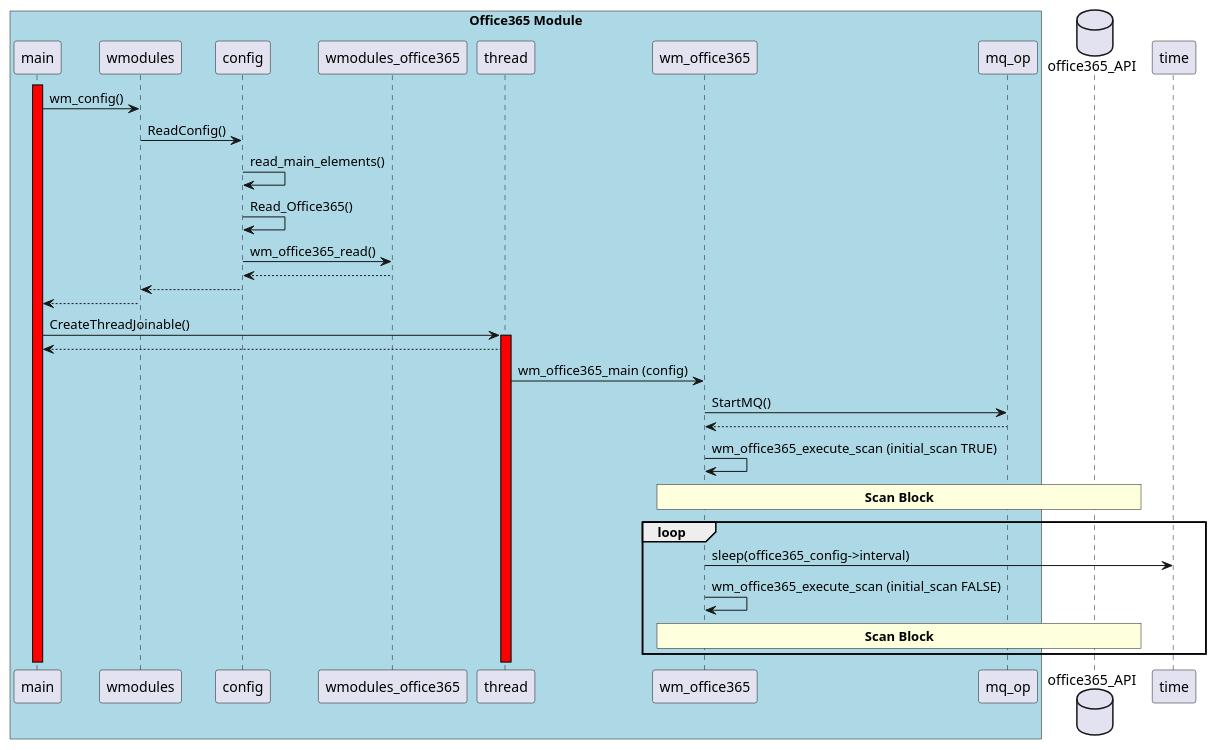
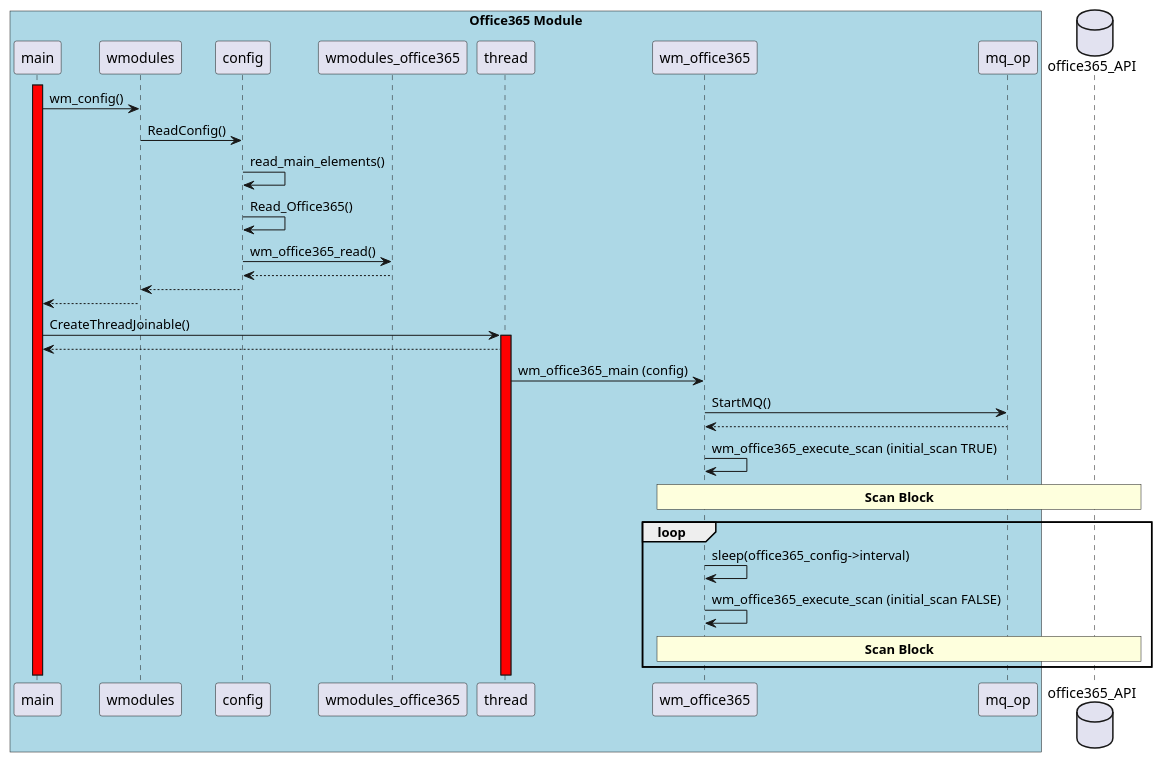
One commit to wazuh/wazuh-agent changed the diagram in architecture/wm_office365/001-sequence.puml. Above: the diagram before and after it, drawn with PlantUML. The commit also changed 1 other file, not shown here.

Commit message:
Fixes in the office365 module diagram

```diff
--- a/architecture/wm_office365/001-sequence.puml
+++ b/architecture/wm_office365/001-sequence.puml
@@ -5,37 +5,37 @@
 @startuml wm_office365
 box "Office365 Module" #LightBlue
 participant main
 participant wmodules
 participant config
 participant wmodules_office365
 participant thread
 participant wm_office365
 participant mq_op
 end box
 
 activate main #Red
 main -> wmodules : wm_config()
 wmodules -> config : ReadConfig()
 config -> config : read_main_elements()
 config -> config : Read_Office365()
 config -> wmodules_office365 : wm_office365_read()
 config <-- wmodules_office365
 wmodules <-- config
 main <-- wmodules
 
 main -> thread ++ #Red : CreateThreadJoinable()
 main <-- thread
 thread -> wm_office365 : wm_office365_main (config) 
 wm_office365 -> mq_op : StartMQ()
 wm_office365 <-- mq_op
 
 
 database office365_API
 wm_office365 -> wm_office365 : wm_office365_execute_scan (initial_scan TRUE)
 rnote over wm_office365, office365_API: **Scan Block**
 loop
-    wm_office365 -> time : sleep(office365_config->interval)
+    wm_office365 -> wm_office365 : sleep(office365_config->interval)
     wm_office365 -> wm_office365 : wm_office365_execute_scan (initial_scan FALSE)
     rnote over wm_office365, office365_API: **Scan Block**
 end
 @enduml wm_office365
```
